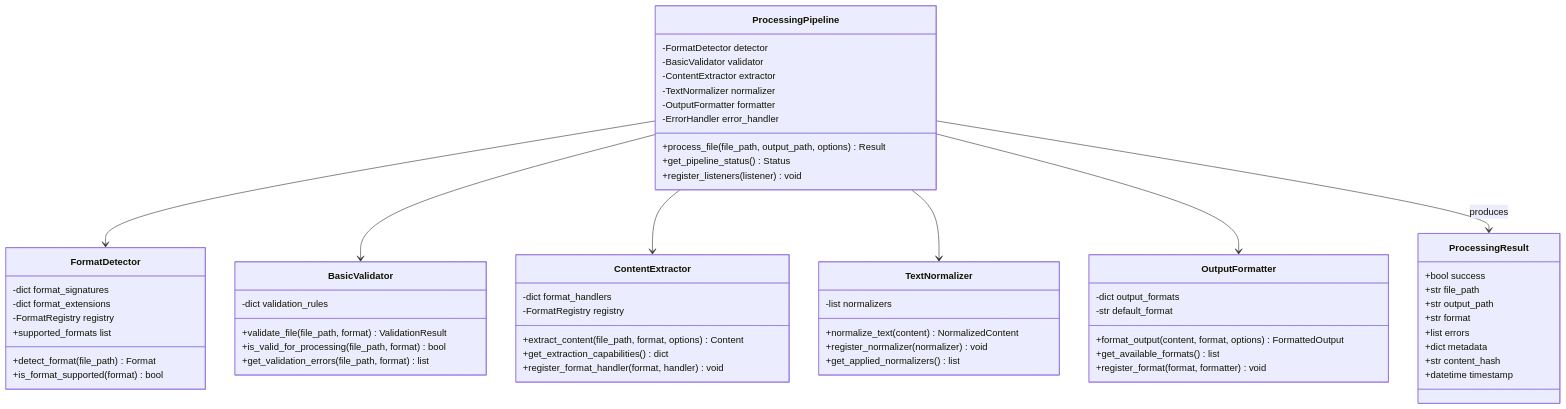
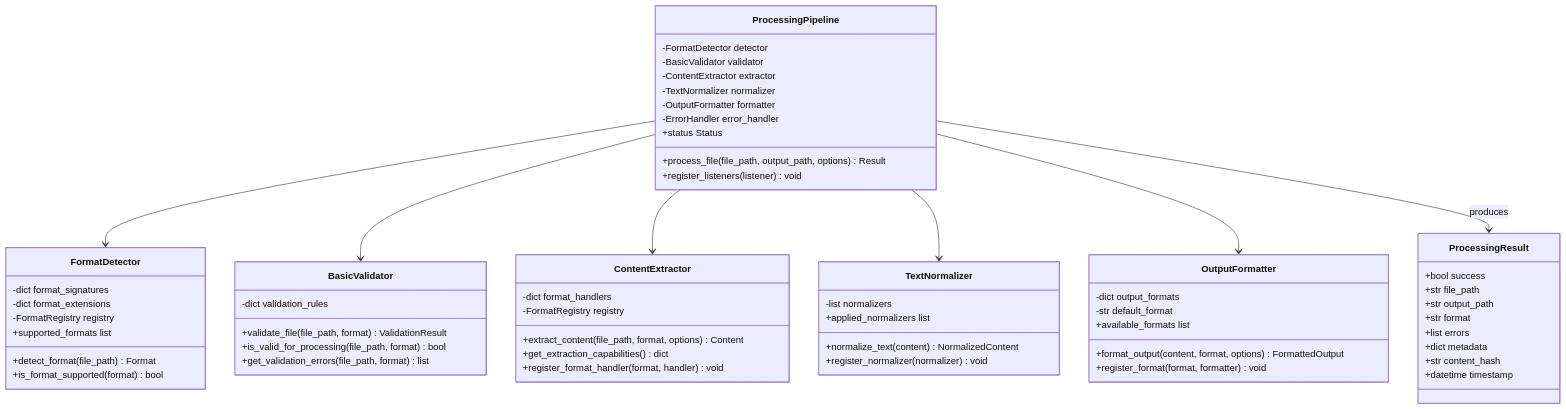
One commit to endomorphosis/omni_converter_mk2 changed the third of 6 diagrams in SAD.md. Above: the diagram before and after it, drawn with Mermaid. The commit also changed other lines of this file and 27 other files, not shown here.

````diff
--- a/SAD.md
+++ b/SAD.md
@@ -193,71 +193,71 @@
 ```mermaid
 classDiagram
     class ProcessingPipeline {
         -FormatDetector detector
         -BasicValidator validator
         -ContentExtractor extractor
         -TextNormalizer normalizer
         -OutputFormatter formatter
         -ErrorHandler error_handler
         +process_file(file_path, output_path, options) Result
-        +get_pipeline_status() Status
+        +status Status
         +register_listeners(listener) void
     }
 
     class FormatDetector {
         -dict format_signatures
         -dict format_extensions
         -FormatRegistry registry
         +detect_format(file_path) Format
         +supported_formats list
         +is_format_supported(format) bool
     }
 
     class BasicValidator {
         -dict validation_rules
         +validate_file(file_path, format) ValidationResult
         +is_valid_for_processing(file_path, format) bool
         +get_validation_errors(file_path, format) list
     }
 
     class ContentExtractor {
         -dict format_handlers
         -FormatRegistry registry
         +extract_content(file_path, format, options) Content
         +get_extraction_capabilities() dict
         +register_format_handler(format, handler) void
     }
 
     class TextNormalizer {
         -list normalizers
         +normalize_text(content) NormalizedContent
         +register_normalizer(normalizer) void
-        +get_applied_normalizers() list
+        +applied_normalizers list
     }
 
     class OutputFormatter {
         -dict output_formats
         -str default_format
         +format_output(content, format, options) FormattedOutput
-        +get_available_formats() list
+        +available_formats list
         +register_format(format, formatter) void
     }
 
     class ProcessingResult {
         +bool success
         +str file_path
         +str output_path
         +str format
         +list errors
         +dict metadata
         +str content_hash
         +datetime timestamp
     }
 
     ProcessingPipeline --> FormatDetector
     ProcessingPipeline --> BasicValidator
     ProcessingPipeline --> ContentExtractor
     ProcessingPipeline --> TextNormalizer
     ProcessingPipeline --> OutputFormatter
     ProcessingPipeline --> ProcessingResult : produces
 ```
````
